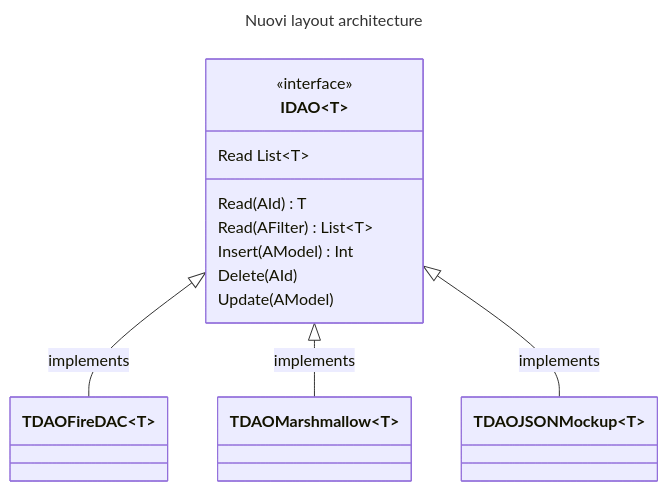
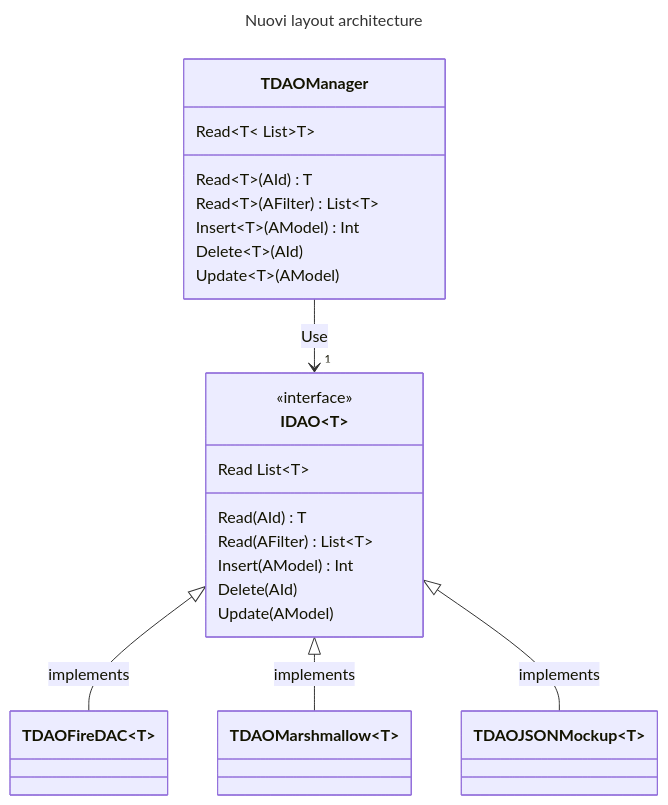
One commit to vferri-csw/vferri-csw changed the diagram in docs/nuovilayout.md. Above: the diagram before and after it, drawn with Mermaid.

````diff
--- a/docs/nuovilayout.md
+++ b/docs/nuovilayout.md
@@ -1,18 +1,27 @@
 ```mermaid
 ---
 title: Nuovi layout architecture
 ---
 classDiagram
 class IDAO~T~
 <<interface>>IDAO~T~
 IDAO~T~: Read List~T~
 IDAO~T~: Read(AId) T
 IDAO~T~: Read(AFilter) List~T~
 IDAO~T~: Insert(AModel) Int
 IDAO~T~: Delete(AId)
 IDAO~T~: Update(AModel)
 
 IDAO~T~ <|-- TDAOFireDAC~T~ : implements
 IDAO~T~ <|-- TDAOMarshmallow~T~ : implements
 IDAO~T~ <|-- TDAOJSONMockup~T~ : implements
+
+class TDAOManager
+TDAOManager --> "1" IDAO~T~ : Use
+TDAOManager: Read~T~ List~T~
+TDAOManager: Read~T~(AId) T
+TDAOManager: Read~T~(AFilter) List~T~
+TDAOManager: Insert~T~(AModel) Int
+TDAOManager: Delete~T~(AId)
+TDAOManager: Update~T~(AModel)
 ```
````
